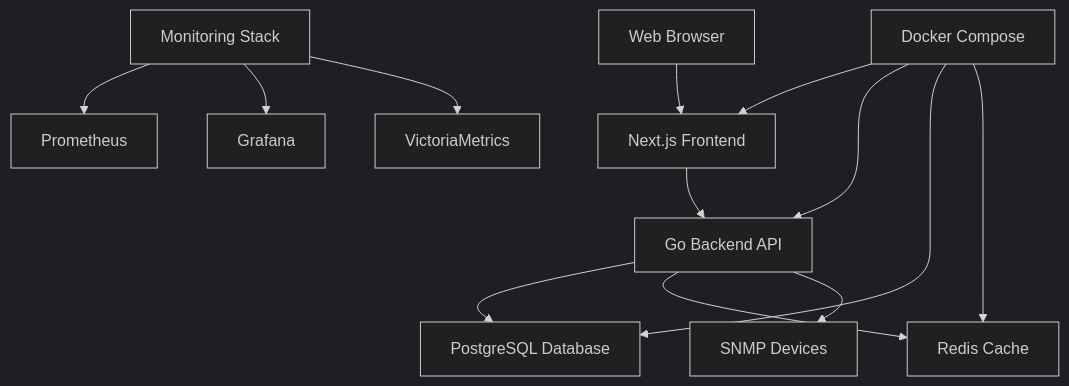
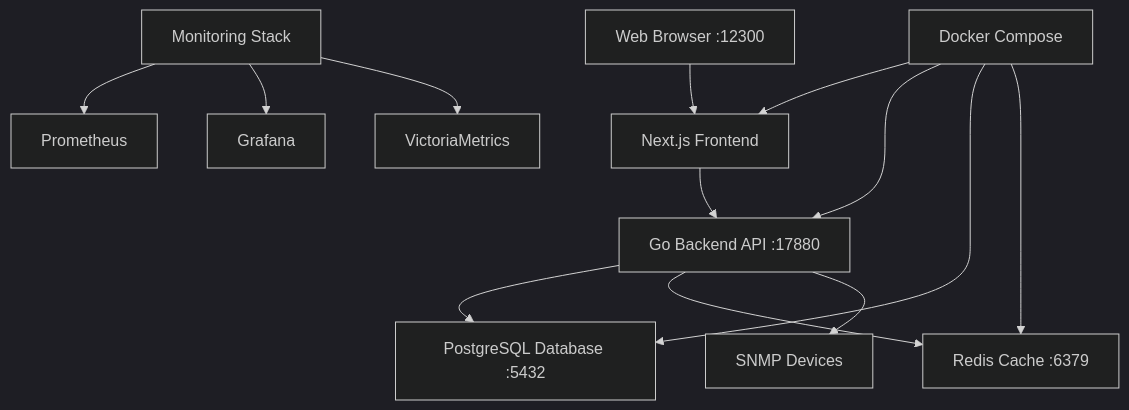
One commit to danxiaonuo/snmp-mib-ui changed the diagram in README.md. Above: the diagram before and after it, drawn with Mermaid (dark theme). The commit also changed other lines of this file and 10 other files, not shown here.

````diff
--- a/README.md
+++ b/README.md
@@ -226,17 +180,17 @@
 ```mermaid
 graph TB
-    A[Web Browser] --> B[Next.js Frontend]
-    B --> C[Go Backend API]
-    C --> D[PostgreSQL Database]
-    C --> E[Redis Cache]
+    A[Web Browser :12300] --> B[Next.js Frontend]
+    B --> C[Go Backend API :17880]
+    C --> D[PostgreSQL Database :5432]
+    C --> E[Redis Cache :6379]
     C --> F[SNMP Devices]
     
     G[Docker Compose] --> B
     G --> C
     G --> D
     G --> E
     
     H[Monitoring Stack] --> I[Prometheus]
     H --> J[Grafana]
     H --> K[VictoriaMetrics]
 ```
````
